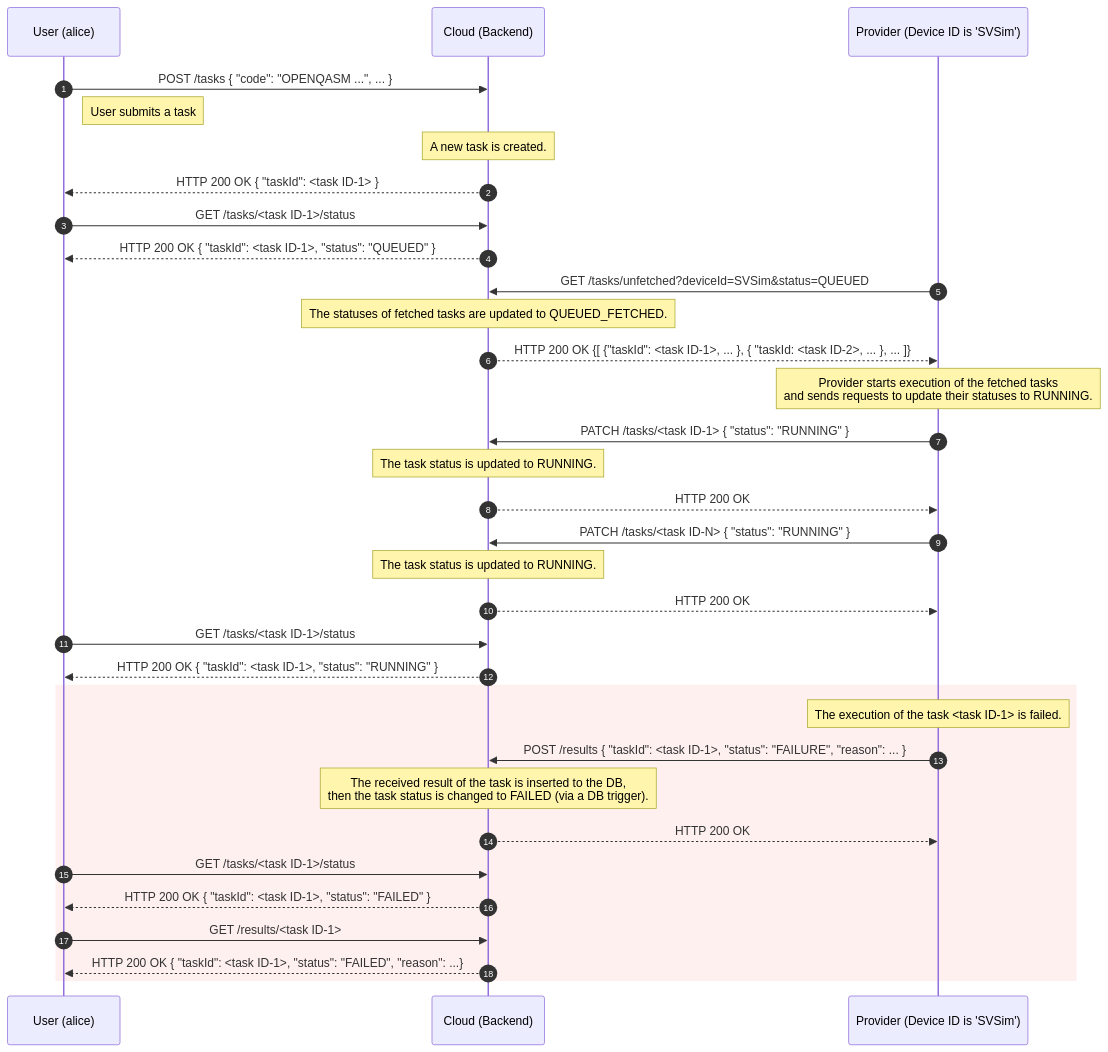
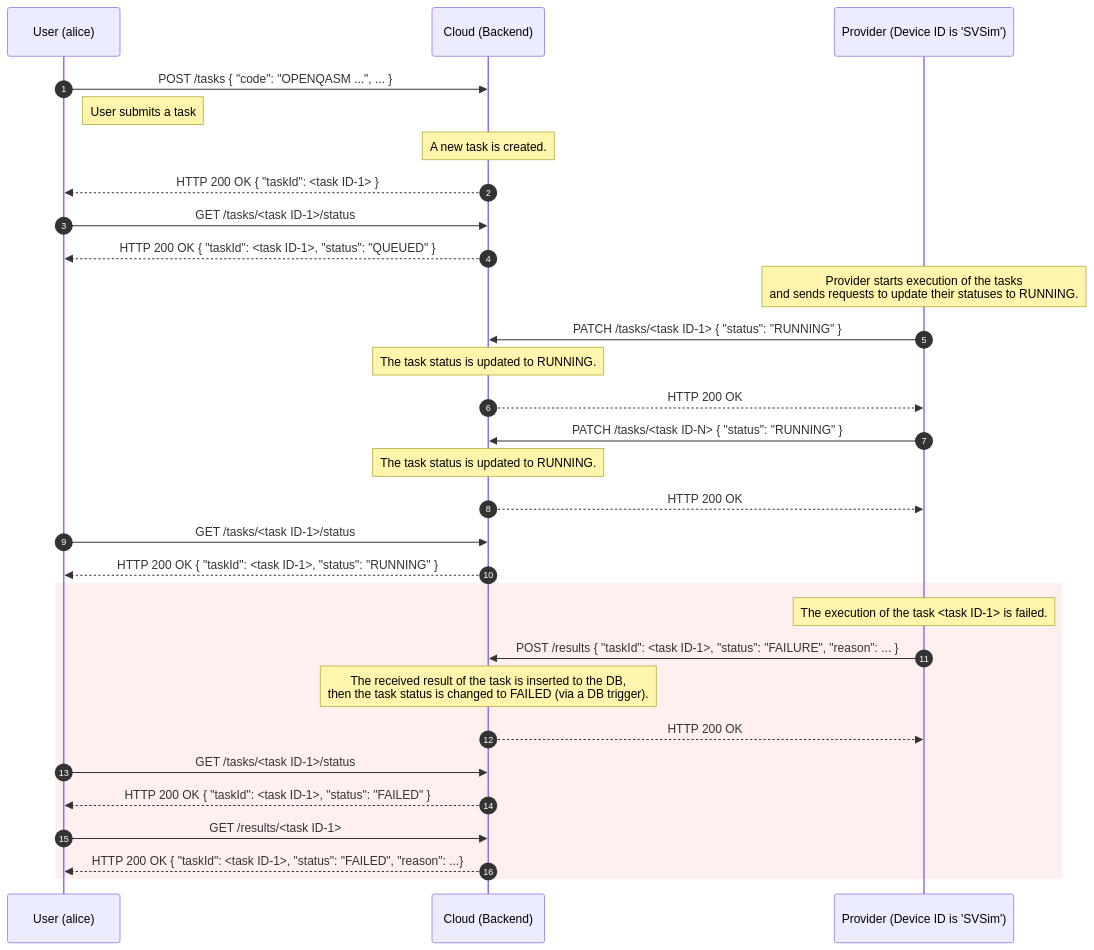
One commit to oqtopus-team/oqtopus-cloud changed the second of 3 diagrams in docs/en/architecture/sequence_diagram.md. Above: the diagram before and after it, drawn with Mermaid. The commit also changed other lines of this file and 26 other files, not shown here.

Commit message:
refactor: delete of XXX_FETCHED and GET /tasks/unfetched (#45)

````diff
--- a/docs/en/architecture/sequence_diagram.md
+++ b/docs/en/architecture/sequence_diagram.md
@@ -92,44 +80,40 @@
 ```mermaid
 sequenceDiagram
     autonumber
     participant User as User (alice)
     participant Cloud as Cloud (Backend)
     participant Provider as Provider (Device ID is 'SVSim')
 
     User->>Cloud: POST /tasks { "code": "OPENQASM ...", ... }
     Note right of User: User submits a task
     Note over Cloud: A new task is created.
     Cloud-->>User: HTTP 200 OK { "taskId": <task ID-1> }
 
     User->>Cloud: GET /tasks/<task ID-1>/status
     Cloud-->>User: HTTP 200 OK { "taskId": <task ID-1>, "status": "QUEUED" }
 
-    Provider->>Cloud: GET /tasks/unfetched?deviceId=SVSim&status=QUEUED
-    Note over Cloud: The statuses of fetched tasks are updated to QUEUED_FETCHED.
-    Cloud-->>Provider: HTTP 200 OK {[ {"taskId": <task ID-1>, ... }, { "taskId: <task ID-2>, ... }, ... ]}
-
-    Note over Provider: Provider starts execution of the fetched tasks<br>and sends requests to update their statuses to RUNNING.
+    Note over Provider: Provider starts execution of the tasks<br>and sends requests to update their statuses to RUNNING.
     Provider->>Cloud: PATCH /tasks/<task ID-1> { "status": "RUNNING" }
     Note over Cloud: The task status is updated to RUNNING.
     Cloud-->>Provider: HTTP 200 OK
 
     Provider->>Cloud: PATCH /tasks/<task ID-N> { "status": "RUNNING" }
     Note over Cloud: The task status is updated to RUNNING.
     Cloud-->>Provider: HTTP 200 OK
 
     User->>Cloud: GET /tasks/<task ID-1>/status
     Cloud-->>User: HTTP 200 OK { "taskId": <task ID-1>, "status": "RUNNING" }
 
     rect rgb(255, 240, 240)
         Note over Provider: The execution of the task <task ID-1> is failed.
         Provider->>Cloud: POST /results { "taskId": <task ID-1>, "status": "FAILURE", "reason": ... }
         Note over Cloud: The received result of the task is inserted to the DB,<br> then the task status is changed to FAILED (via a DB trigger).
         Cloud-->>Provider: HTTP 200 OK
   
         User->>Cloud: GET /tasks/<task ID-1>/status
         Cloud-->>User: HTTP 200 OK { "taskId": <task ID-1>, "status": "FAILED" }
   
         User->>Cloud: GET /results/<task ID-1>
         Cloud-->>User: HTTP 200 OK { "taskId": <task ID-1>, "status": "FAILED", "reason": ...}
     end
 ```
````
